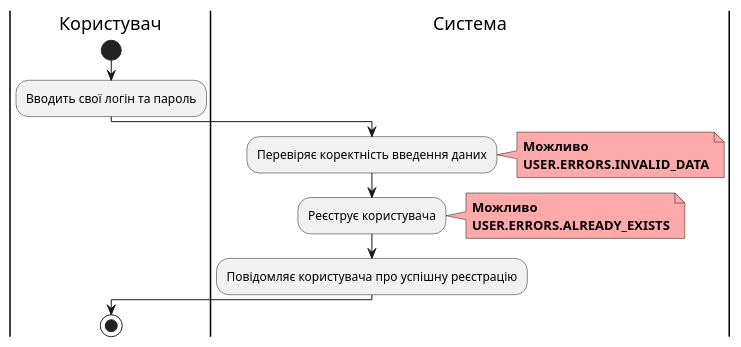
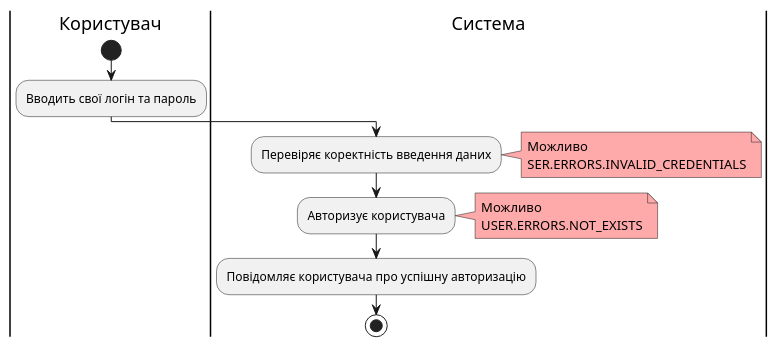
Diagram 12 of 14 in docs/use cases/README.md (yarikkot04/Sup), drawn with PlantUML before and after one commit. The commit also changed other lines of this file, not shown here.

```diff
--- a/docs/use cases/README.md
+++ b/docs/use cases/README.md
@@ -631,24 +618,20 @@
 @startuml
 
     |Користувач|
-        start
-        :Вводить свої логін та пароль;
+     start
+      :Вводить свої логін та пароль;
     |Система|
-        :Перевіряє коректність введення даних;
-        note right #ffaaaa
-        <b>Можливо
-        <b>USER.ERRORS.INVALID_DATA
-        end note
-
-        :Реєструє користувача;
-        note right #ffaaaa
-        <b>Можливо
-        <b>USER.ERRORS.ALREADY_EXISTS
-        end note
-
-        :Повідомляє користувача про успішну реєстрацію;
-
-    |Користувач|
-        stop;
-
+      :Перевіряє коректність введення даних;
+       note right #ffaaaa
+       Можливо
+       SER.ERRORS.INVALID_CREDENTIALS
+       end note
+      :Авторизує користувача;
+       note right #ffaaaa
+       Можливо
+       USER.ERRORS.NOT_EXISTS
+       end note
+      :Повідомляє користувача про успішну авторизацію;
+     stop;
+        
 @enduml
```
